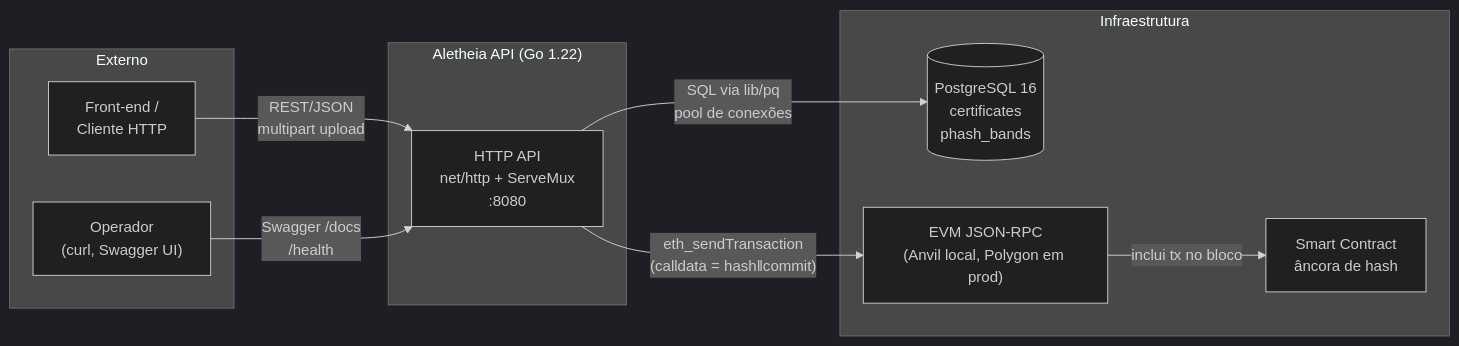
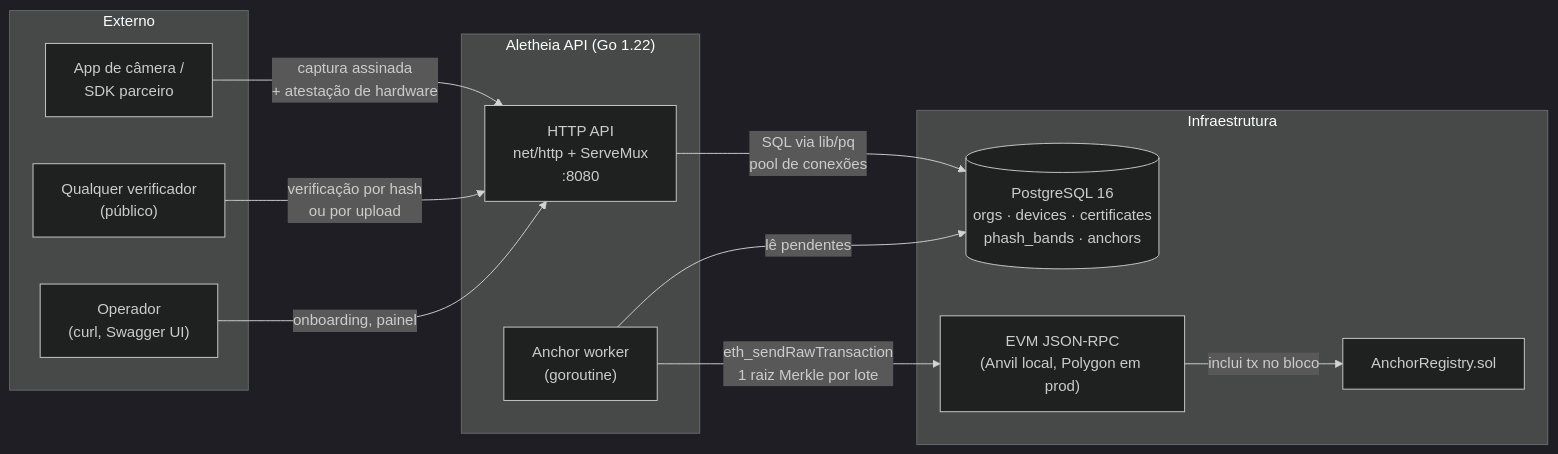
The first of 5 diagrams in docs/ARCHITECTURE.md (waizbart/aletheia-api), drawn with Mermaid (dark theme) before and after one commit. The commit also changed other lines of this file and 93 other files, not shown here.

````diff
--- a/docs/ARCHITECTURE.md
+++ b/docs/ARCHITECTURE.md
@@ -11,24 +11,28 @@
 ```mermaid
 flowchart LR
     subgraph Externo
-        FE["Front-end /<br/>Cliente HTTP"]
+        SDK["App de câmera /<br/>SDK parceiro"]
+        PUB["Qualquer verificador<br/>(público)"]
         OP["Operador<br/>(curl, Swagger UI)"]
     end
 
     subgraph Aletheia["Aletheia API (Go 1.22)"]
         API["HTTP API<br/>net/http + ServeMux<br/>:8080"]
+        WORK["Anchor worker<br/>(goroutine)"]
     end
 
     subgraph Infra["Infraestrutura"]
-        DB[("PostgreSQL 16<br/>certificates<br/>phash_bands")]
+        DB[("PostgreSQL 16<br/>orgs · devices · certificates<br/>phash_bands · anchors")]
         CHAIN["EVM JSON-RPC<br/>(Anvil local, Polygon em prod)"]
-        SC["Smart Contract<br/>âncora de hash"]
+        SC["AnchorRegistry.sol"]
     end
 
-    FE -- "REST/JSON<br/>multipart upload" --> API
-    OP -- "Swagger /docs<br/>/health" --> API
+    SDK -- "captura assinada<br/>+ atestação de hardware" --> API
+    PUB -- "verificação por hash<br/>ou por upload" --> API
+    OP -- "onboarding, painel" --> API
 
     API -- "SQL via lib/pq<br/>pool de conexões" --> DB
-    API -- "eth_sendTransaction<br/>(calldata = hash‖commit)" --> CHAIN
+    WORK -- "lê pendentes" --> DB
+    WORK -- "eth_sendRawTransaction<br/>1 raiz Merkle por lote" --> CHAIN
     CHAIN -- "inclui tx no bloco" --> SC
 ```
````
